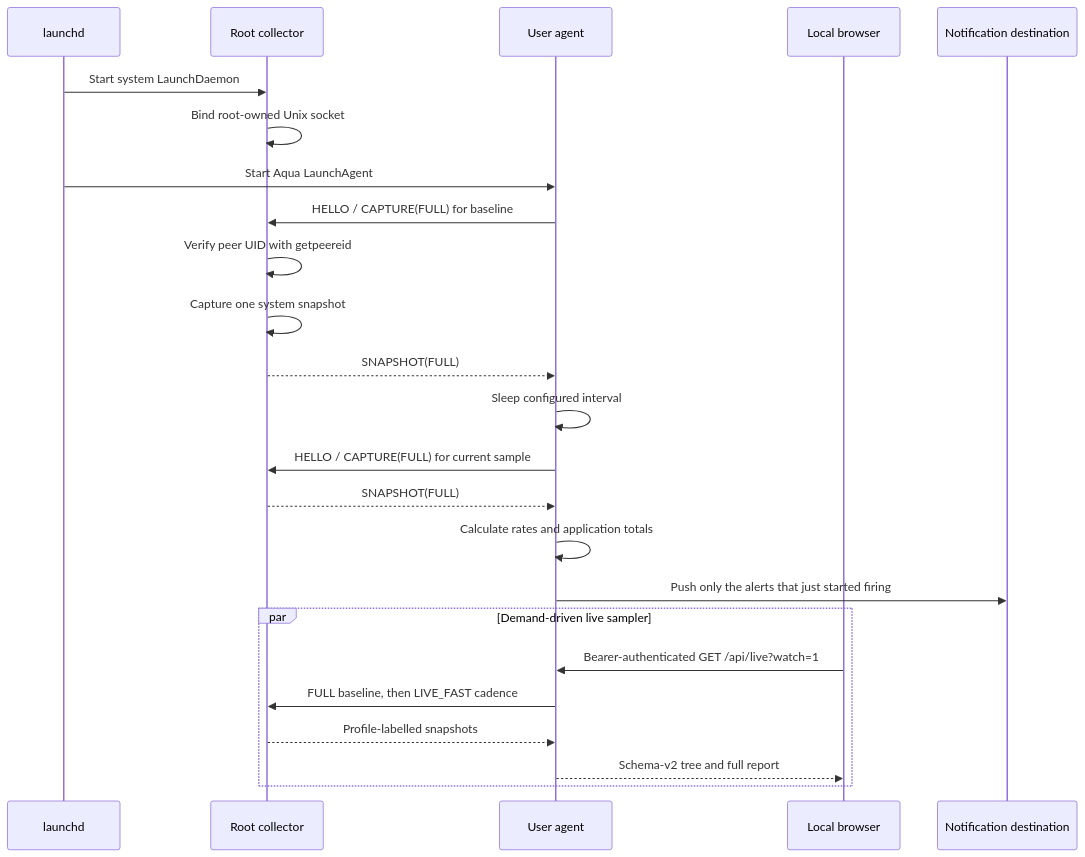
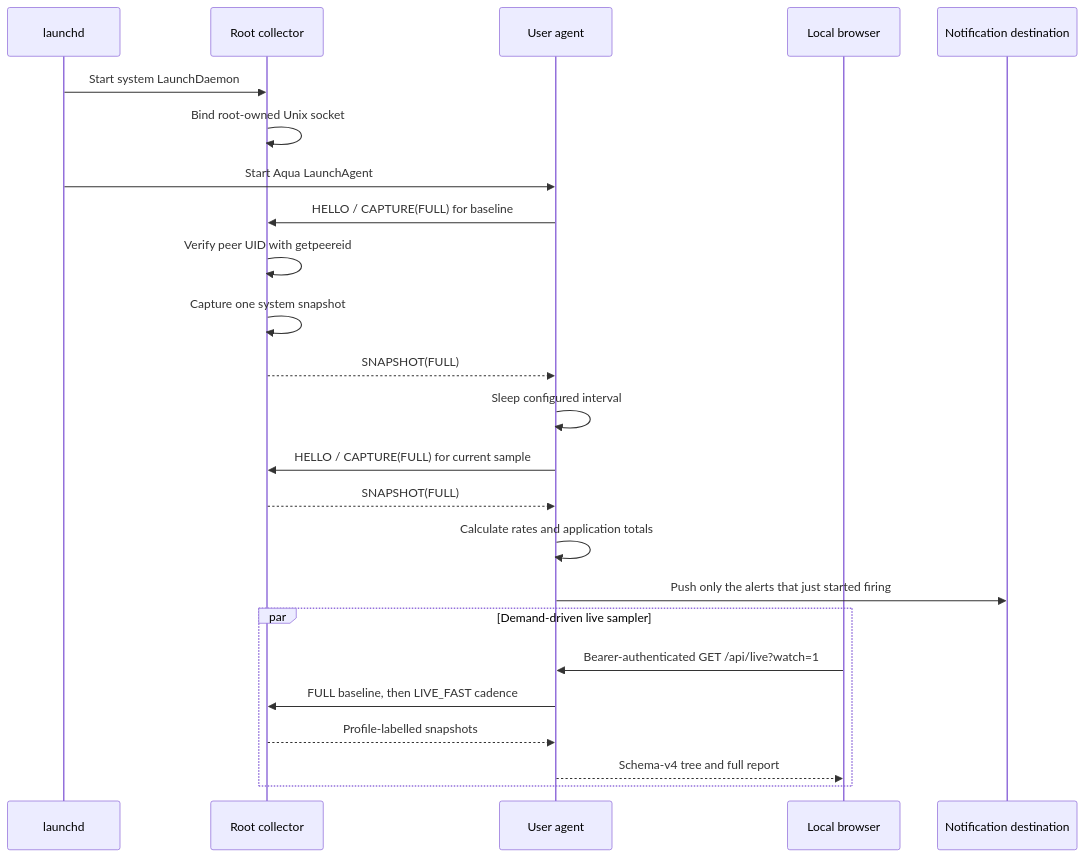
One commit to Heapy/harmon changed the diagram in docs/architecture.md. Above: the diagram before and after it, drawn with Mermaid. The commit also changed other lines of this file and 22 other files, not shown here.

````diff
--- a/docs/architecture.md
+++ b/docs/architecture.md
@@ -195,27 +195,27 @@
 ```mermaid
 sequenceDiagram
     participant L as launchd
     participant C as Root collector
     participant A as User agent
     participant U as Local browser
     participant D as Notification destination
 
     L->>C: Start system LaunchDaemon
     C->>C: Bind root-owned Unix socket
     L->>A: Start Aqua LaunchAgent
     A->>C: HELLO / CAPTURE(FULL) for baseline
     C->>C: Verify peer UID with getpeereid
     C->>C: Capture one system snapshot
     C-->>A: SNAPSHOT(FULL)
     A->>A: Sleep configured interval
     A->>C: HELLO / CAPTURE(FULL) for current sample
     C-->>A: SNAPSHOT(FULL)
     A->>A: Calculate rates and application totals
     A->>D: Push only the alerts that just started firing
     par Demand-driven live sampler
         U->>A: Bearer-authenticated GET /api/live?watch=1
         A->>C: FULL baseline, then LIVE_FAST cadence
         C-->>A: Profile-labelled snapshots
-        A-->>U: Schema-v2 tree and full report
+        A-->>U: Schema-v4 tree and full report
     end
 ```
````
